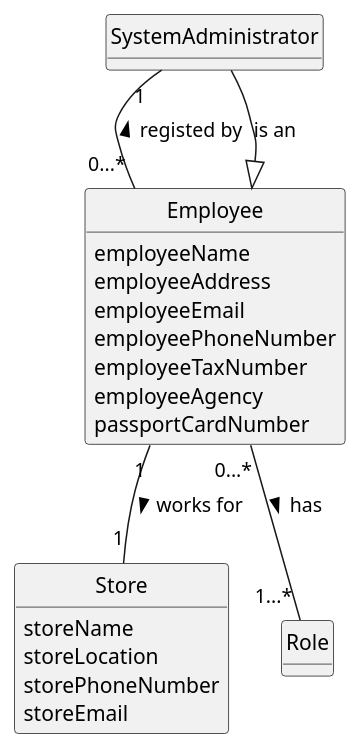
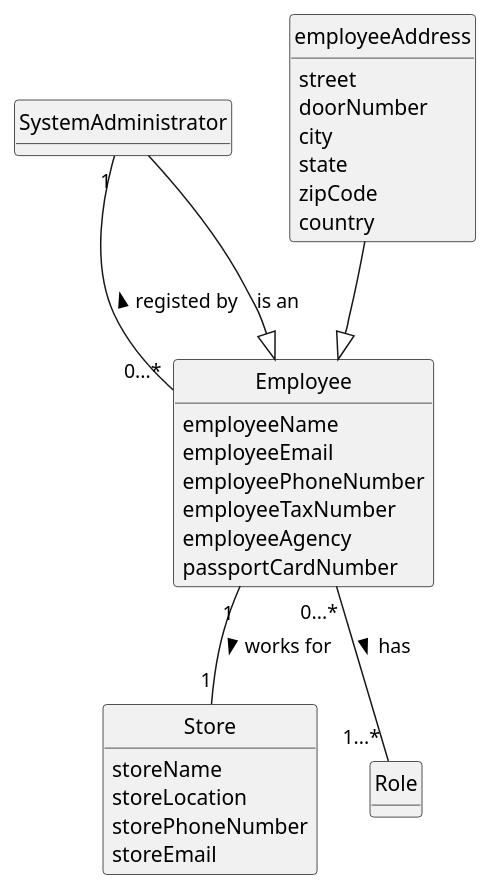
Before and after one commit to 1220812/LAPR2: the diagram in docs/sprintB/us003/02.analysis/puml/us003-domain-model.puml, drawn with PlantUML. The commit also changed 1 other file, not shown here.

```diff
--- a/docs/sprintB/us003/02.analysis/puml/us003-domain-model.puml
+++ b/docs/sprintB/us003/02.analysis/puml/us003-domain-model.puml
@@ -1,46 +1,54 @@
 @startuml
 skinparam monochrome true
 skinparam packageStyle rectangle
 skinparam shadowing false
 'skinparam linetype ortho
 'left to right direction
 skinparam classAttributeIconSize 0
 hide circle
 hide methods
 
 
 class SystemAdministrator{
+}
 
+class employeeAddress{
+street
+doorNumber
+city
+state
+zipCode
+country
 }
 
 
 class Employee {
     employeeName
-    employeeAddress
     employeeEmail
     employeePhoneNumber
     employeeTaxNumber
     employeeAgency
     passportCardNumber
 }
 
 
 class Store{
 storeName
 storeLocation
 storePhoneNumber
 storeEmail
 }
 
 class Role{
 }
 
 
 SystemAdministrator "1"--"0...*" Employee: registed by <
 SystemAdministrator --|> Employee: is an
+employeeAddress --|> Employee
 
 Employee "1"--"1" Store: works for >
 Employee "0...*"--"1...*" Role: has >
 
 
 @enduml
```
